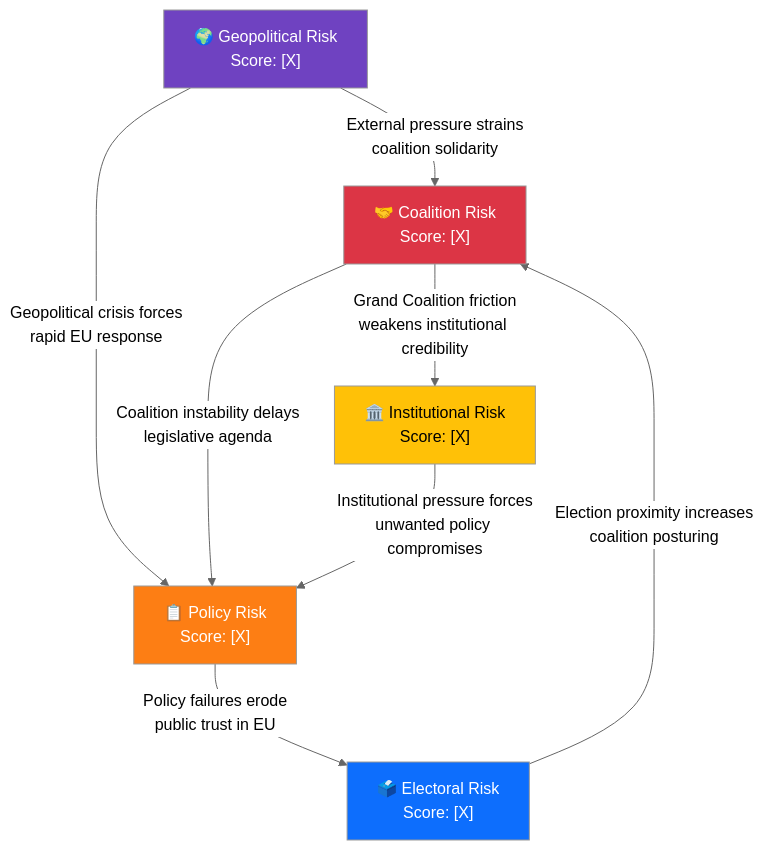
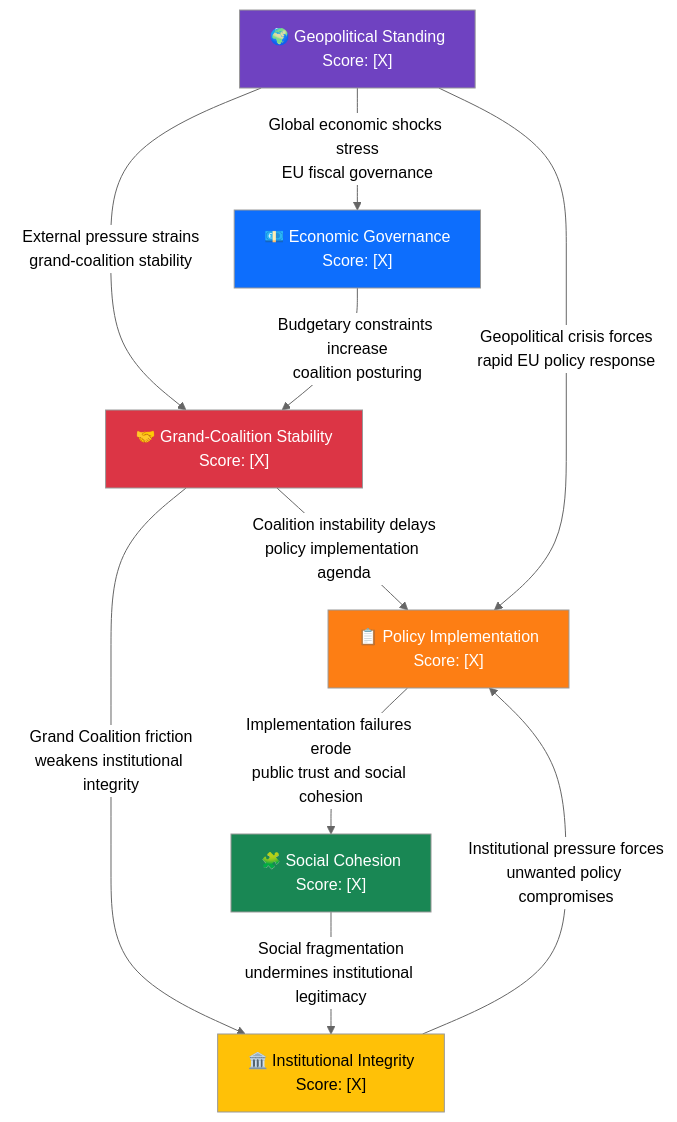
The third of 4 diagrams in analysis/methodologies/political-risk-methodology.md (Hack23/euparliamentmonitor), drawn with Mermaid (neutral theme) before and after one commit. The commit also changed other lines of this file and 5 other files, not shown here.

````diff
--- a/analysis/methodologies/political-risk-methodology.md
+++ b/analysis/methodologies/political-risk-methodology.md
@@ -244,22 +244,26 @@
 ```mermaid
 graph TD
-    CR["🤝 Coalition Risk<br/>Score: [X]"]
-    PR["📋 Policy Risk<br/>Score: [X]"]
-    IR["🏛️ Institutional Risk<br/>Score: [X]"]
-    ER["🗳️ Electoral Risk<br/>Score: [X]"]
-    XR["🌍 Geopolitical Risk<br/>Score: [X]"]
+    CR["🤝 Grand-Coalition Stability<br/>Score: [X]"]
+    PR["📋 Policy Implementation<br/>Score: [X]"]
+    IR["🏛️ Institutional Integrity<br/>Score: [X]"]
+    ER["💶 Economic Governance<br/>Score: [X]"]
+    SR["🧩 Social Cohesion<br/>Score: [X]"]
+    XR["🌍 Geopolitical Standing<br/>Score: [X]"]
 
-    CR -->|"Coalition instability delays<br/>legislative agenda"| PR
-    CR -->|"Grand Coalition friction<br/>weakens institutional credibility"| IR
-    PR -->|"Policy failures erode<br/>public trust in EU"| ER
+    CR -->|"Coalition instability delays<br/>policy implementation agenda"| PR
+    CR -->|"Grand Coalition friction<br/>weakens institutional integrity"| IR
+    PR -->|"Implementation failures erode<br/>public trust and social cohesion"| SR
     IR -->|"Institutional pressure forces<br/>unwanted policy compromises"| PR
-    XR -->|"Geopolitical crisis forces<br/>rapid EU response"| PR
-    XR -->|"External pressure strains<br/>coalition solidarity"| CR
-    ER -->|"Election proximity increases<br/>coalition posturing"| CR
+    XR -->|"Geopolitical crisis forces<br/>rapid EU policy response"| PR
+    XR -->|"External pressure strains<br/>grand-coalition stability"| CR
+    XR -->|"Global economic shocks stress<br/>EU fiscal governance"| ER
+    ER -->|"Budgetary constraints increase<br/>coalition posturing"| CR
+    SR -->|"Social fragmentation<br/>undermines institutional legitimacy"| IR
 
     style CR fill:#dc3545,color:#fff
     style PR fill:#fd7e14,color:#fff
     style IR fill:#ffc107,color:#000
     style ER fill:#0d6efd,color:#fff
+    style SR fill:#198754,color:#fff
     style XR fill:#6f42c1,color:#fff
 ```
````
